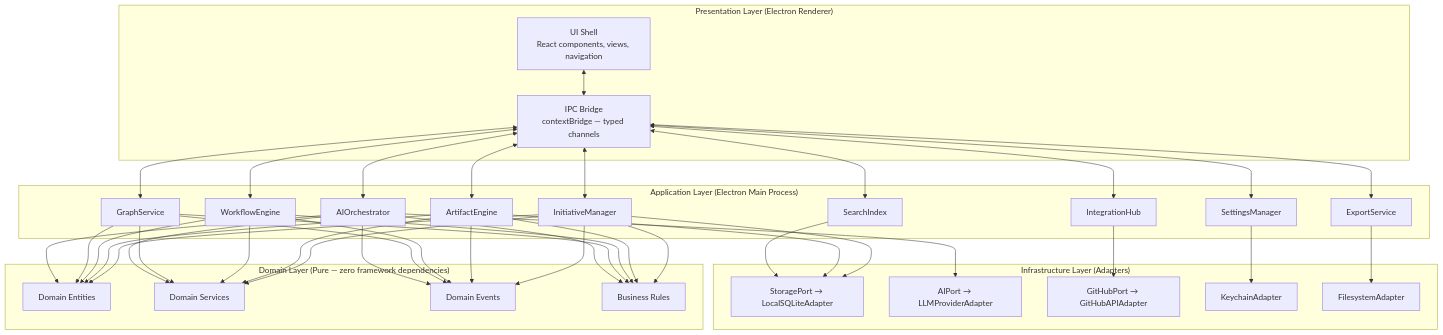
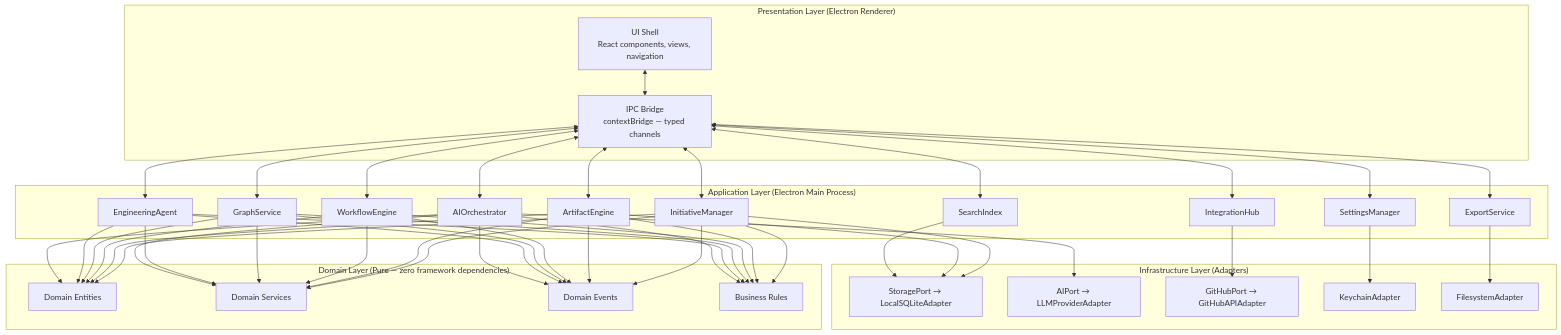
The diagram in docs/architecture/component-list.md (Acerasien/project-forge), drawn with Mermaid before and after one commit. The commit also changed other lines of this file and 94 other files, not shown here.

Commit message:
Milestone 11: Architecture Engineering Capability Pack, Documentation, and Graphify Update

````diff
--- a/docs/architecture/component-list.md
+++ b/docs/architecture/component-list.md
@@ -14,44 +14,45 @@
 ```mermaid
 flowchart TD
     subgraph Presentation["Presentation Layer (Electron Renderer)"]
         UI[UI Shell\nReact components, views, navigation]
         IPC_R[IPC Bridge\ncontextBridge — typed channels]
     end
 
     subgraph Application["Application Layer (Electron Main Process)"]
         IM[InitiativeManager]
         AE[ArtifactEngine]
         WE[WorkflowEngine]
         GS[GraphService]
+        EA[EngineeringAgent]
         AI_O[AIOrchestrator]
         EX[ExportService]
         IH[IntegrationHub]
         SI[SearchIndex]
         SM[SettingsManager]
     end
 
     subgraph Domain["Domain Layer (Pure — zero framework dependencies)"]
         ENTS[Domain Entities]
         DS[Domain Services]
         EVT[Domain Events]
         RULES[Business Rules]
     end
 
     subgraph Infrastructure["Infrastructure Layer (Adapters)"]
         STO[StoragePort → LocalSQLiteAdapter]
         AI_A[AIPort → LLMProviderAdapter]
         GH_A[GitHubPort → GitHubAPIAdapter]
         KEY[KeychainAdapter]
         FS[FilesystemAdapter]
     end
 
     UI <--> IPC_R
-    IPC_R <--> IM & AE & WE & GS & AI_O & EX & IH & SI & SM
-    IM & AE & WE & GS & AI_O --> ENTS & DS & EVT & RULES
+    IPC_R <--> IM & AE & WE & GS & EA & AI_O & EX & IH & SI & SM
+    IM & AE & WE & GS & EA & AI_O --> ENTS & DS & EVT & RULES
     IM & AE --> STO
     AI_O --> AI_A
     IH --> GH_A
     SM --> KEY
     EX --> FS
     SI --> STO
 ```
````
